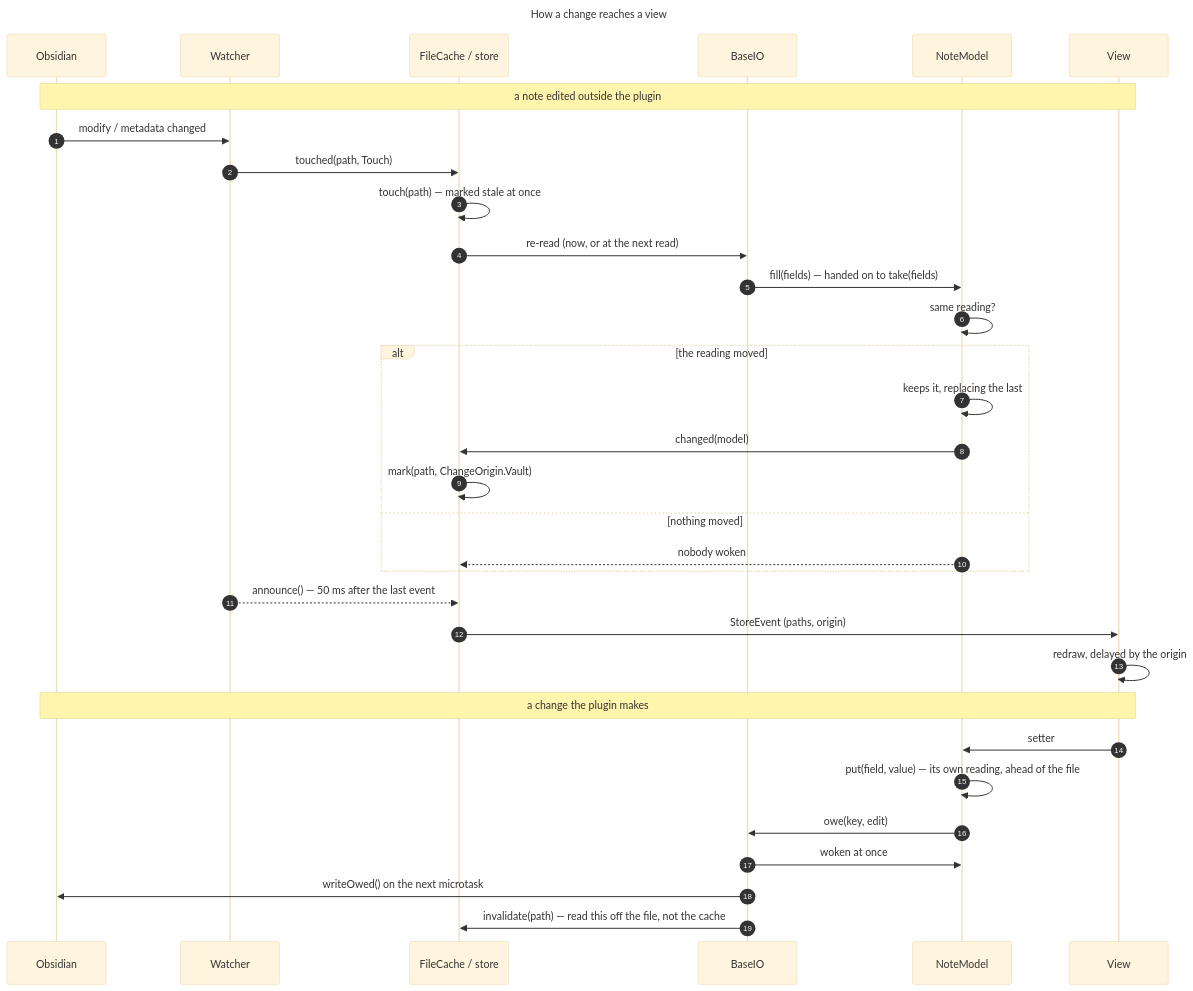
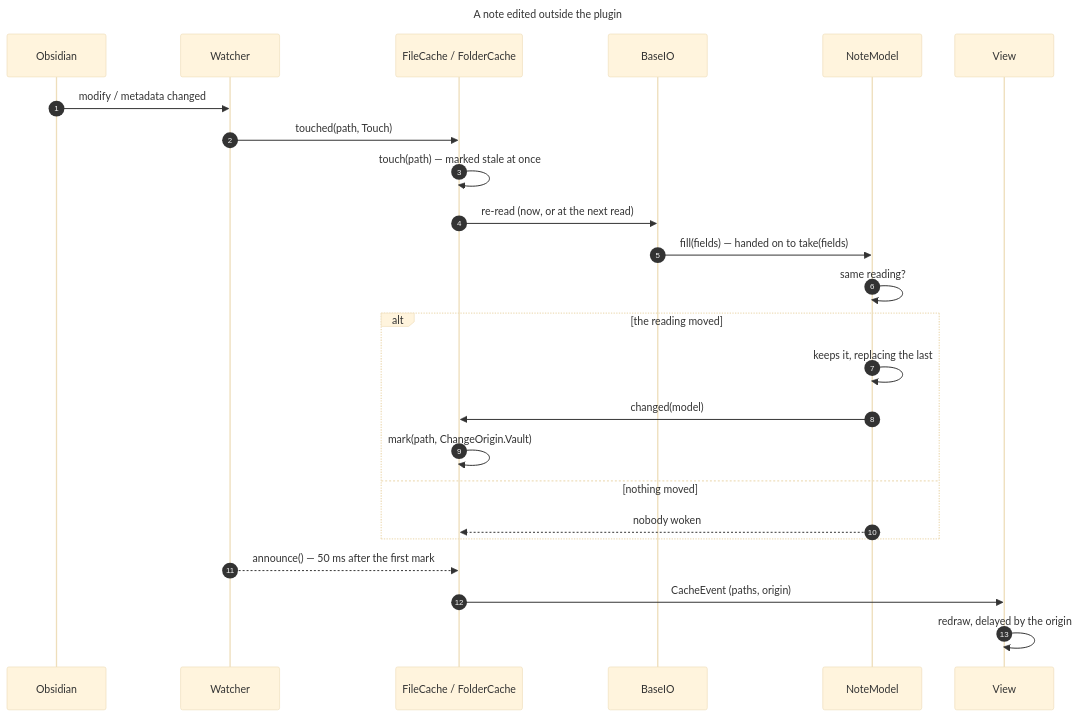
The second of 10 diagrams in docs/technical/data-model.md (Laurent-Ferier/pm-compass), drawn with Mermaid (base theme) before and after one commit. The commit also changed other lines of this file and 104 other files, not shown here.

````diff
--- a/docs/technical/data-model.md
+++ b/docs/technical/data-model.md
@@ -112,39 +118,30 @@
 ```mermaid
 ---
-title: How a change reaches a view
+title: A note edited outside the plugin
 ---
 sequenceDiagram
   autonumber
   participant Obsidian
   participant Watcher
-  participant Store as FileCache / store
-  participant File as BaseIO
+  participant Cache as FileCache / FolderCache
+  participant IO as BaseIO
   participant Model as NoteModel
   participant View
 
-  Note over Obsidian,View: a note edited outside the plugin
   Obsidian->>Watcher: modify / metadata changed
-  Watcher->>Store: touched(path, Touch)
-  Store->>Store: touch(path) — marked stale at once
-  Store->>File: re-read (now, or at the next read)
-  File->>Model: fill(fields) — handed on to take(fields)
+  Watcher->>Cache: touched(path, Touch)
+  Cache->>Cache: touch(path) — marked stale at once
+  Cache->>IO: re-read (now, or at the next read)
+  IO->>Model: fill(fields) — handed on to take(fields)
   Model->>Model: same reading?
   alt the reading moved
     Model->>Model: keeps it, replacing the last
-    Model->>Store: changed(model)
-    Store->>Store: mark(path, ChangeOrigin.Vault)
+    Model->>Cache: changed(model)
+    Cache->>Cache: mark(path, ChangeOrigin.Vault)
   else nothing moved
-    Model-->>Store: nobody woken
+    Model-->>Cache: nobody woken
   end
-  Watcher-->>Store: announce() — 50 ms after the last event
-  Store->>View: StoreEvent (paths, origin)
+  Watcher-->>Cache: announce() — 50 ms after the first mark
+  Cache->>View: CacheEvent (paths, origin)
   View->>View: redraw, delayed by the origin
-
-  Note over View,Obsidian: a change the plugin makes
-  View->>Model: setter
-  Model->>Model: put(field, value) — its own reading, ahead of the file
-  Model->>File: owe(key, edit)
-  File->>Model: woken at once
-  File->>Obsidian: writeOwed() on the next microtask
-  File->>Store: invalidate(path) — read this off the file, not the cache
 ```
````
